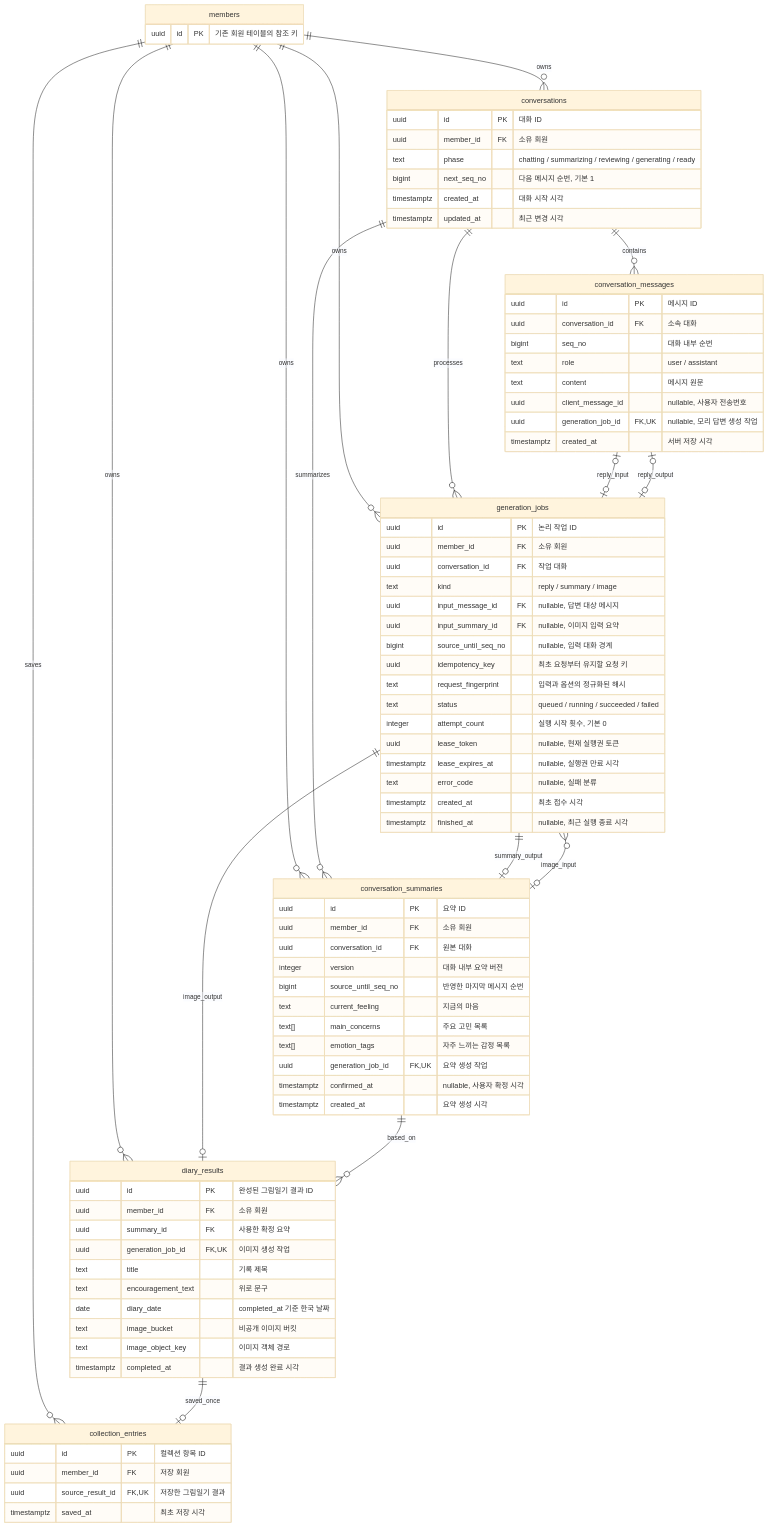
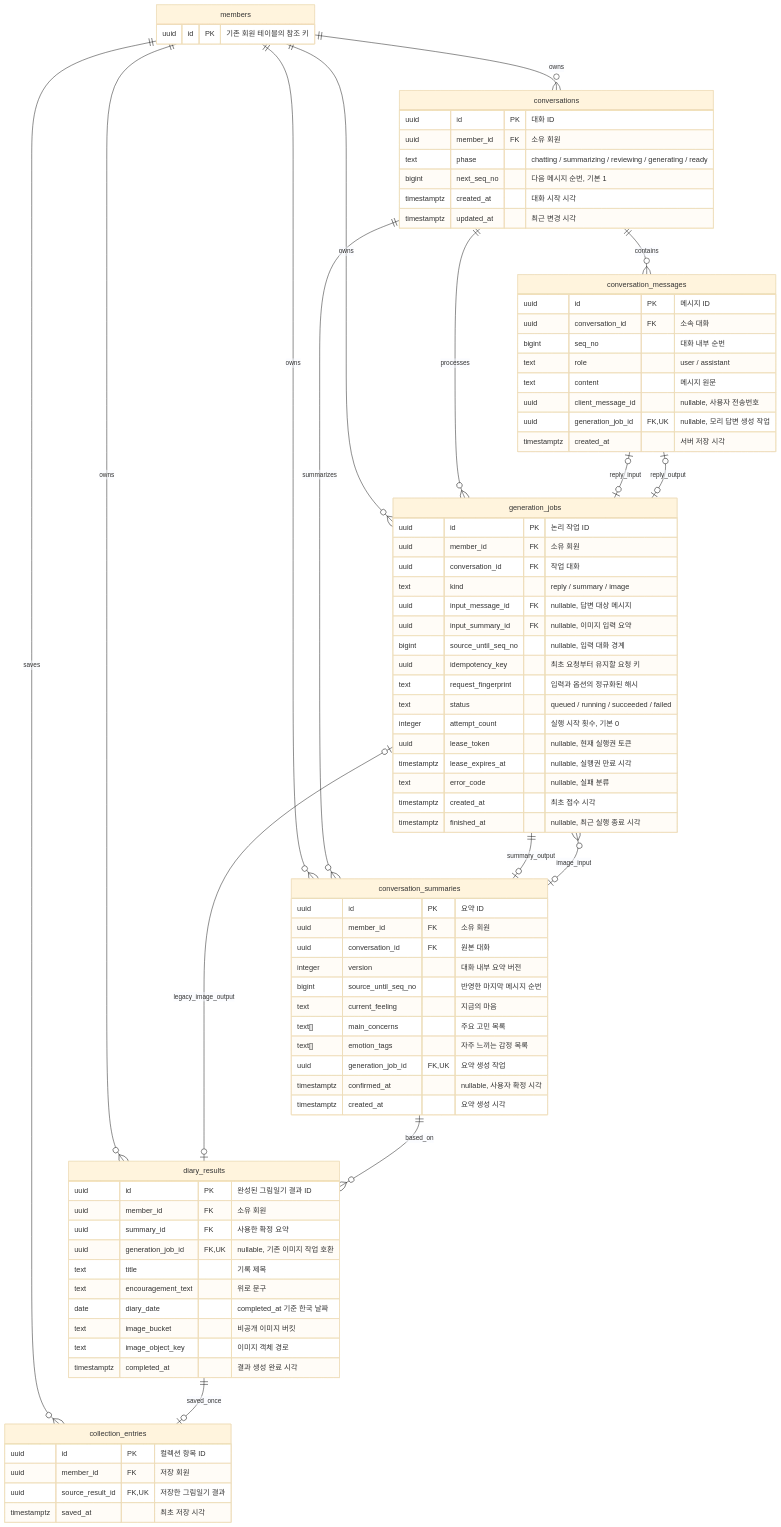
Before and after one commit to gomin-diary/gomin: the diagram in docs/engineering/conversation-collection-erd.md, drawn with Mermaid (base theme). The commit also changed other lines of this file and 38 other files, not shown here.

````diff
--- a/docs/engineering/conversation-collection-erd.md
+++ b/docs/engineering/conversation-collection-erd.md
@@ -69,7 +71,7 @@
         uuid id PK "완성된 그림일기 결과 ID"
         uuid member_id FK "소유 회원"
         uuid summary_id FK "사용한 확정 요약"
-        uuid generation_job_id FK, UK "이미지 생성 작업"
+        uuid generation_job_id FK, UK "nullable, 기존 이미지 작업 호환"
         text title "기록 제목"
         text encouragement_text "위로 문구"
         date diary_date "completed_at 기준 한국 날짜"
@@ -97,7 +99,7 @@
     conversation_summaries o|--o{ generation_jobs : image_input
     generation_jobs o|--o| conversation_messages : reply_output
     generation_jobs ||--o| conversation_summaries : summary_output
-    generation_jobs ||--o| diary_results : image_output
+    generation_jobs o|--o| diary_results : legacy_image_output
     conversation_summaries ||--o{ diary_results : based_on
     diary_results ||--o| collection_entries : saved_once
 ```
````
